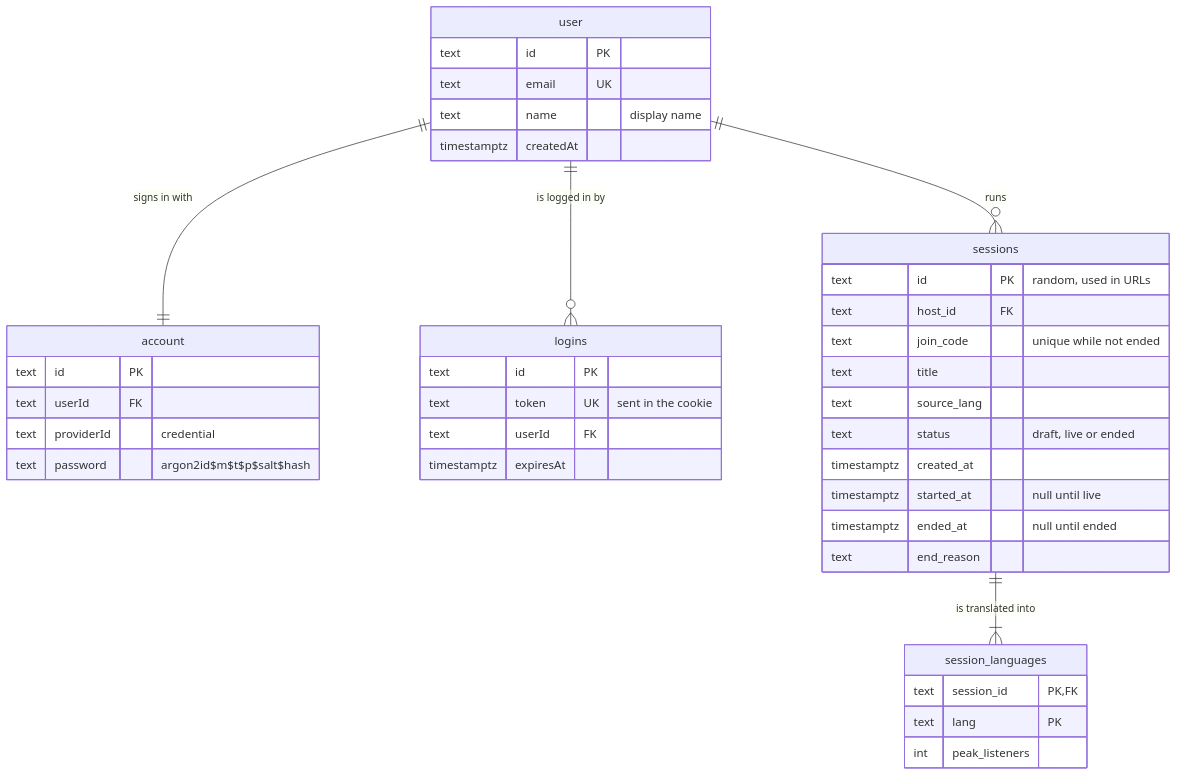
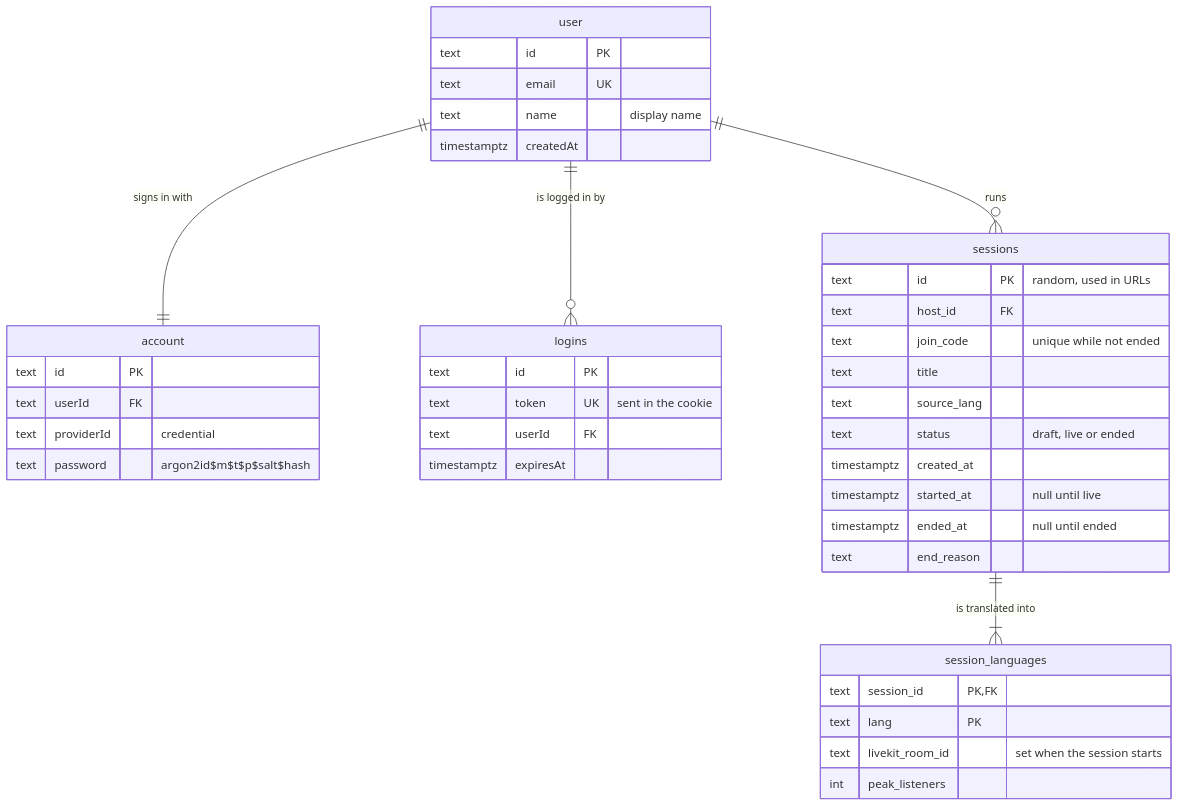
One commit to WH1TE-SHAD0W/ai-dubbing-studio changed the fifth of 5 diagrams in docs/architecture.md. Above: the diagram before and after it, drawn with Mermaid. The commit also changed other lines of this file and 1 other file, not shown here.

Commit message:
docs: show LiveKit room per language and where its ID is stored (YGP-2)

````diff
--- a/docs/architecture.md
+++ b/docs/architecture.md
@@ -143,43 +146,44 @@
 ```mermaid
 erDiagram
   user ||--|| account : "signs in with"
   user ||--o{ logins : "is logged in by"
   user ||--o{ sessions : runs
   sessions ||--|{ session_languages : "is translated into"
 
   user {
     text id PK
     text email UK
     text name "display name"
     timestamptz createdAt
   }
   account {
     text id PK
     text userId FK
     text providerId "credential"
     text password "argon2id$m$t$p$salt$hash"
   }
   logins {
     text id PK
     text token UK "sent in the cookie"
     text userId FK
     timestamptz expiresAt
   }
   sessions {
     text id PK "random, used in URLs"
     text host_id FK
     text join_code "unique while not ended"
     text title
     text source_lang
     text status "draft, live or ended"
     timestamptz created_at
     timestamptz started_at "null until live"
     timestamptz ended_at "null until ended"
     text end_reason
   }
   session_languages {
     text session_id PK, FK
     text lang PK
+    text livekit_room_id "set when the session starts"
     int peak_listeners
   }
 ```
````
